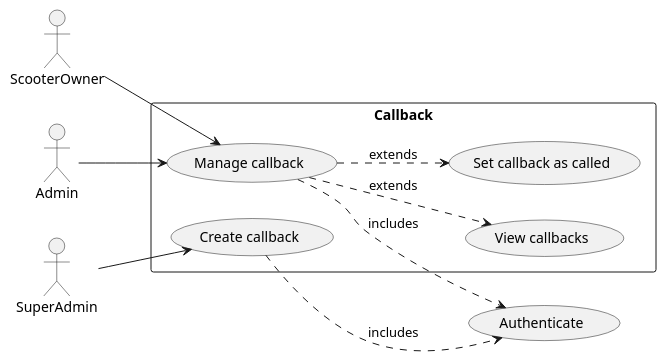
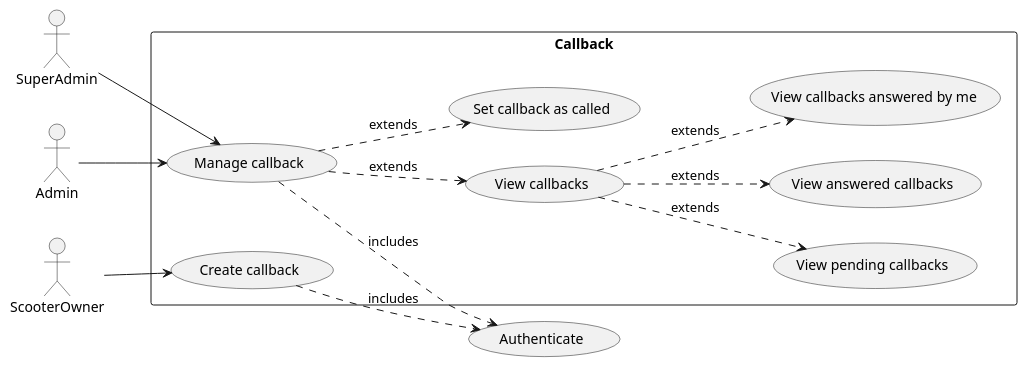
One commit to smurfsDev/pixii-project changed the diagram in rapport/use_case/callback_use_case.wsd. Above: the diagram before and after it, drawn with PlantUML. The commit also changed 2 other files, not shown here.

Commit message:
manage callbacks sequence

```diff
--- a/rapport/use_case/callback_use_case.wsd
+++ b/rapport/use_case/callback_use_case.wsd
@@ -1,31 +1,37 @@
 @startuml callbacks_use_case
 left to right direction
 skinparam packageStyle rect
 skinparam shadowing false
 
 actor SuperAdmin as sa
 actor Admin as a
 actor ScooterOwner as so
 
 
 
 package Callback  {
 	( Create callback ) as cc
 	( Manage callback ) as mc
 	( View callbacks ) as vc
+	( View pending callbacks ) as vpc
+	( View answered callbacks ) as vcc
+	( View callbacks answered by me ) as vcam
 	( Set callback as called ) as scc
 	 mc ..> vc : extends
 	 mc ..> scc : extends
+	 vc ..> vpc : extends
+	 vc ..> vcc : extends
+	 vc ..> vcam : extends
 }
 
 ( Authenticate ) as auth
 
-sa --> cc
+so --> cc
 a --> mc
-so --> mc
+sa --> mc
 
 cc ..> auth : includes
 mc ..> auth : includes
 
 
 @enduml
```
